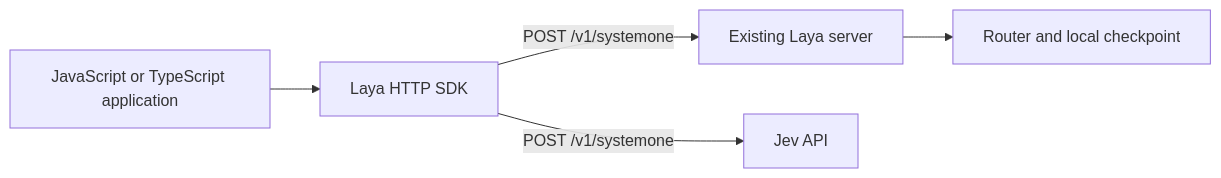
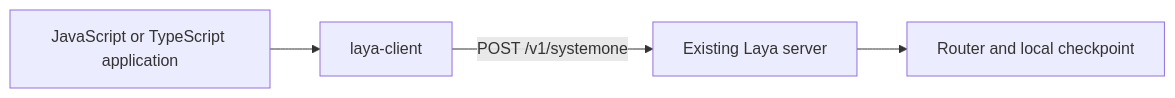
The diagram in docs/typescript-sdk.md (NandhaKishorM/laya), drawn with Mermaid before and after one commit. The commit also changed other lines of this file and 12 other files, not shown here.

Commit message:
feat(client): Update typescript sdk to laya-client and other fixes

````diff
--- a/docs/typescript-sdk.md
+++ b/docs/typescript-sdk.md
@@ -18,7 +18,6 @@
 ```mermaid
 flowchart LR
-    A[JavaScript or TypeScript application] --> B[Laya HTTP SDK]
+    A[JavaScript or TypeScript application] --> B[laya-client]
     B -->|POST /v1/systemone| C[Existing Laya server]
-    B -->|POST /v1/systemone| D[Jev API]
     C --> E[Router and local checkpoint]
 ```
````
